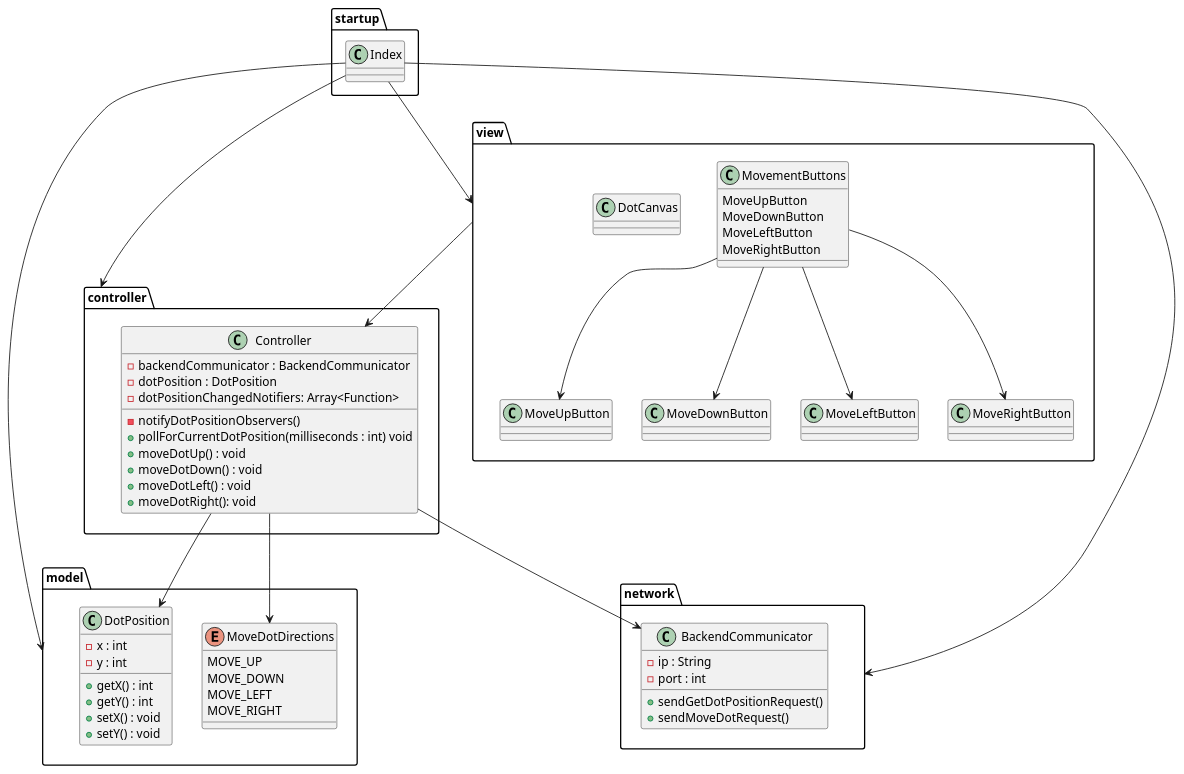
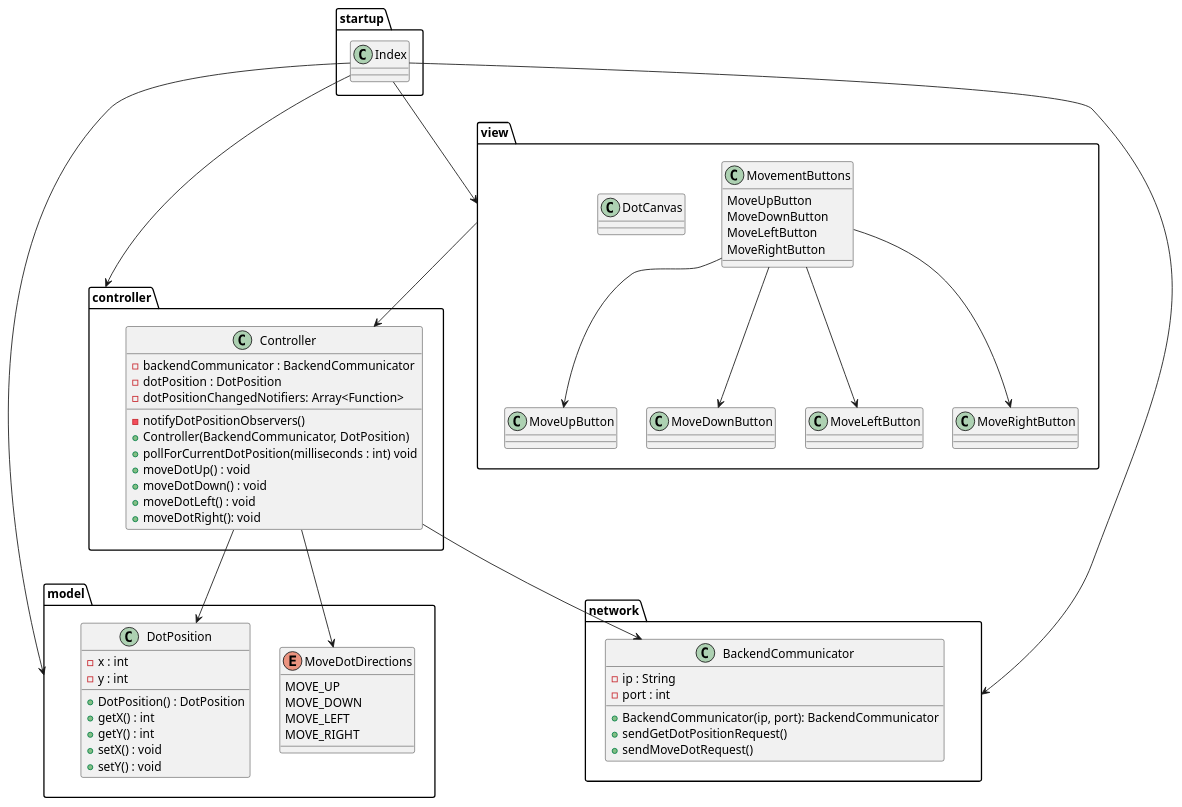
The diagram in documentation/frontend/classDiagram.puml (siavashhanifi/move-dot), drawn with PlantUML before and after one commit. The commit also changed 1 other file, not shown here.

Commit message:
Update class diagrams

```diff
--- a/documentation/frontend/classDiagram.puml
+++ b/documentation/frontend/classDiagram.puml
@@ -1,85 +1,88 @@
 @startuml
 
 package startup
 {
     class Index{
 
     }
 }
 
 package view {
     class MoveUpButton
     class MoveDownButton
     class MoveLeftButton
     class MoveRightButton
 
     class MovementButtons
     {
         MoveUpButton
         MoveDownButton
         MoveLeftButton
         MoveRightButton
     }
 
     class DotCanvas
 }
 
 package controller {
     class Controller{
         -backendCommunicator : BackendCommunicator
         -dotPosition : DotPosition
         -dotPositionChangedNotifiers: Array<Function>
         -notifyDotPositionObservers()
+        +Controller(BackendCommunicator, DotPosition)
         +pollForCurrentDotPosition(milliseconds : int) void
         +moveDotUp() : void
         +moveDotDown() : void
         +moveDotLeft() : void
         +moveDotRight(): void
     }
 }
 
 package network {
     class BackendCommunicator{
         -ip : String
         -port : int
+        +BackendCommunicator(ip, port): BackendCommunicator
         +sendGetDotPositionRequest()
         +sendMoveDotRequest()
     }
 }
 
 package model {
 
 enum MoveDotDirections {
     MOVE_UP
     MOVE_DOWN
     MOVE_LEFT
     MOVE_RIGHT
 }
 class DotPosition
     {
         -x : int
         -y : int
+        +DotPosition() : DotPosition
         +getX() : int
         +getY() : int
         +setX() : void
         +setY() : void
     }
 }
 
 Index --> view
 Index --> controller
 Index --> model
 Index --> network
 
 MovementButtons --> MoveDownButton
 MovementButtons --> MoveUpButton
 MovementButtons --> MoveLeftButton
 MovementButtons --> MoveRightButton
 
 view --> Controller
 
 Controller --> DotPosition
 Controller --> BackendCommunicator
 Controller -> MoveDotDirections
 
 @enduml
```
